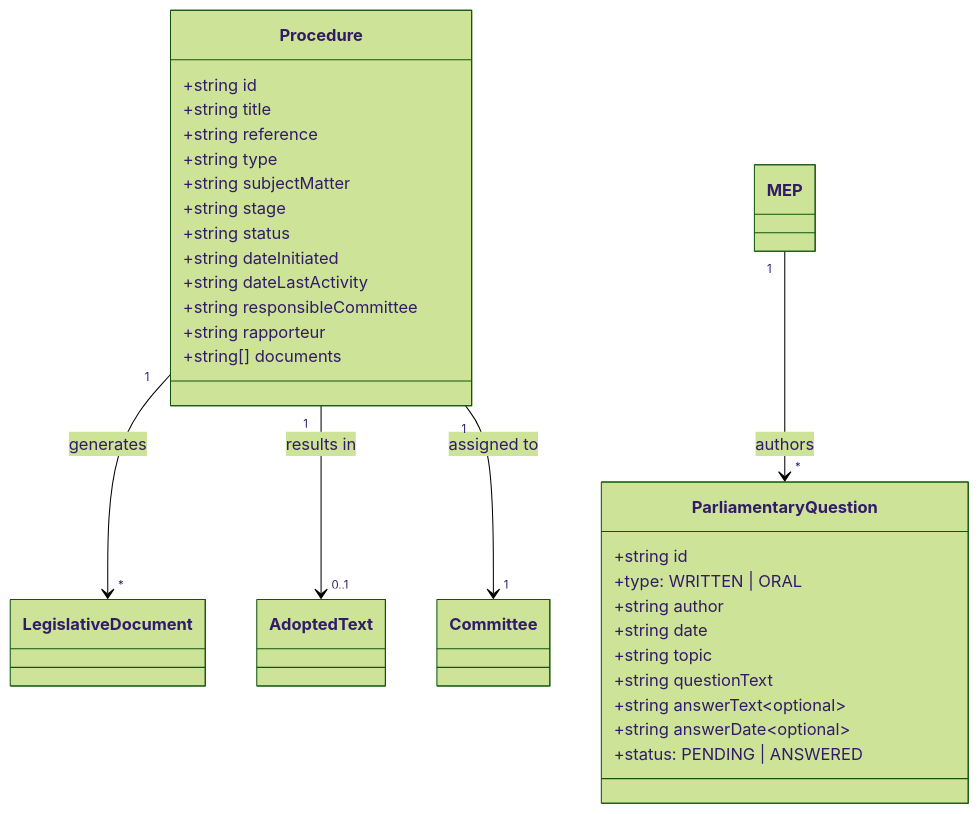
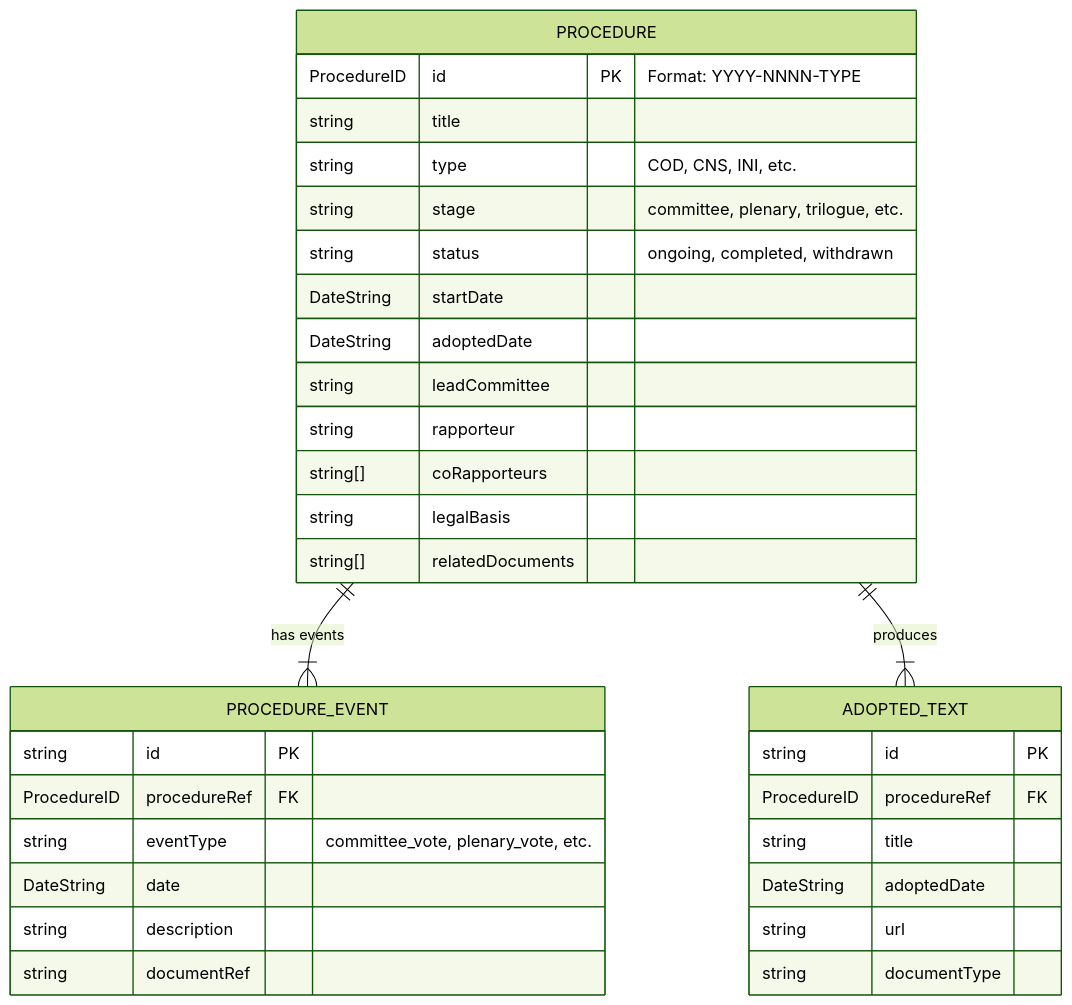
Before and after one commit to Hack23/European-Parliament-MCP-Server: the third of 6 diagrams in docs/api-markdown/_media/DATA_MODEL.md, drawn with Mermaid (forest theme). The commit also changed other lines of this file and 1177 other files, not shown here.

````diff
--- a/docs/api-markdown/_media/DATA_MODEL.md
+++ b/docs/api-markdown/_media/DATA_MODEL.md
@@ -528,34 +210,38 @@
 ```mermaid
-classDiagram
-    class Procedure {
-        +string id
-        +string title
-        +string reference
-        +string type
-        +string subjectMatter
-        +string stage
-        +string status
-        +string dateInitiated
-        +string dateLastActivity
-        +string responsibleCommittee
-        +string rapporteur
-        +string[] documents
+erDiagram
+    PROCEDURE {
+        ProcedureID id PK "Format: YYYY-NNNN-TYPE"
+        string title
+        string type "COD, CNS, INI, etc."
+        string stage "committee, plenary, trilogue, etc."
+        string status "ongoing, completed, withdrawn"
+        DateString startDate
+        DateString adoptedDate
+        string leadCommittee
+        string rapporteur
+        string[] coRapporteurs
+        string legalBasis
+        string[] relatedDocuments
     }
 
-    class ParliamentaryQuestion {
-        +string id
-        +type: WRITTEN | ORAL
-        +string author
-        +string date
-        +string topic
-        +string questionText
-        +string answerText~optional~
-        +string answerDate~optional~
-        +status: PENDING | ANSWERED
+    PROCEDURE_EVENT {
+        string id PK
+        ProcedureID procedureRef FK
+        string eventType "committee_vote, plenary_vote, etc."
+        DateString date
+        string description
+        string documentRef
     }
 
-    Procedure "1" --> "*" LegislativeDocument : generates
-    Procedure "1" --> "0..1" AdoptedText : results in
-    Procedure "1" --> "1" Committee : assigned to
-    MEP "1" --> "*" ParliamentaryQuestion : authors
+    ADOPTED_TEXT {
+        string id PK
+        ProcedureID procedureRef FK
+        string title
+        DateString adoptedDate
+        string url
+        string documentType
+    }
+
+    PROCEDURE ||--|{ PROCEDURE_EVENT : "has events"
+    PROCEDURE ||--|{ ADOPTED_TEXT : "produces"
 ```
````
